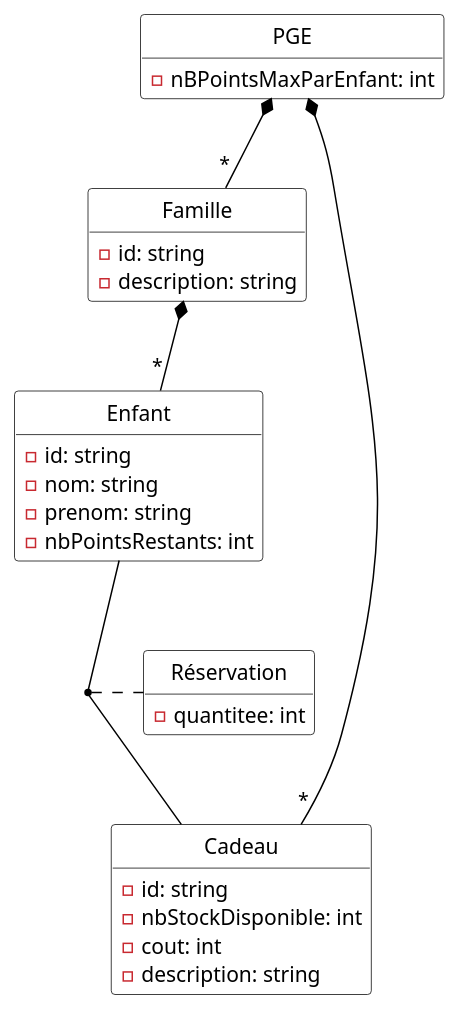
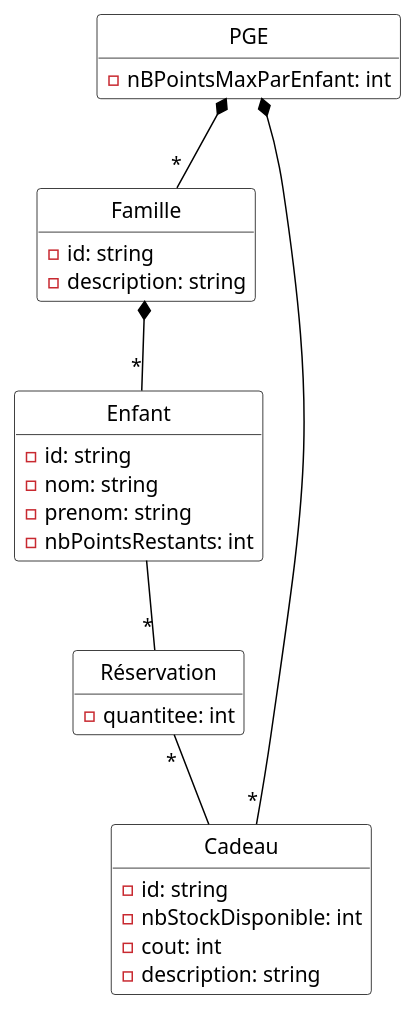
Before and after one commit to yasminebelmaaziz/dev_logiciel: the diagram in Diagrammes/pge_uml_diag_classes.pu, drawn with PlantUML. The commit also changed 3 other files, not shown here.

Commit message:
Modification association diagramme de classes

```diff
--- a/Diagrammes/pge_uml_diag_classes.pu
+++ b/Diagrammes/pge_uml_diag_classes.pu
@@ -1,49 +1,50 @@
 @startuml
 hide empty methods
 hide circle
 skinparam class {
   BackgroundColor White
   ArrowColor Black
   BorderColor Black
 }
 skinparam groupInheritance 3
 
 class PGE {
   - nBPointsMaxParEnfant: int
 }
 
 class Famille {
   - id: string
   - description: string
 }
 
 class Enfant {
   - id: string
   - nom: string
   - prenom: string
   - nbPointsRestants: int
 }
 
 class Cadeau {
   - id: string
   - nbStockDisponible: int
   - cout: int
   - description: string
 }
 
 class Réservation {
   - quantitee: int
 }
 
 
 
 PGE *-- "*" Famille
 PGE *-- "*" Cadeau
 
-Enfant -- Cadeau
-(Enfant, Cadeau) .. Réservation
+Enfant --"*" Réservation
+Réservation "*"-- Cadeau
+
 
 Famille *-- "*" Enfant
 
 
 @enduml
```
